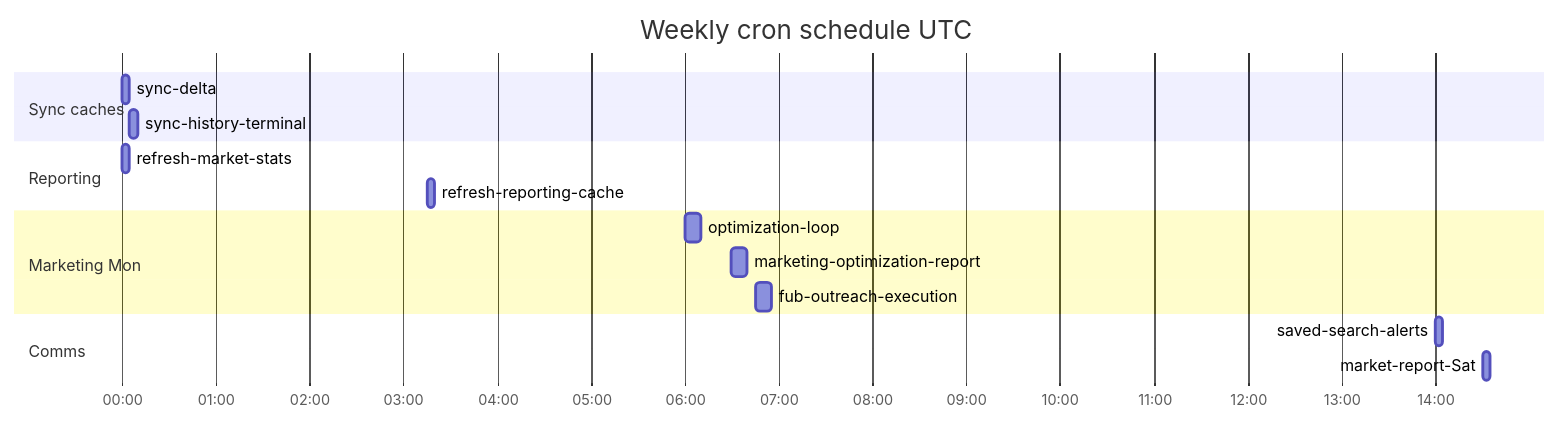
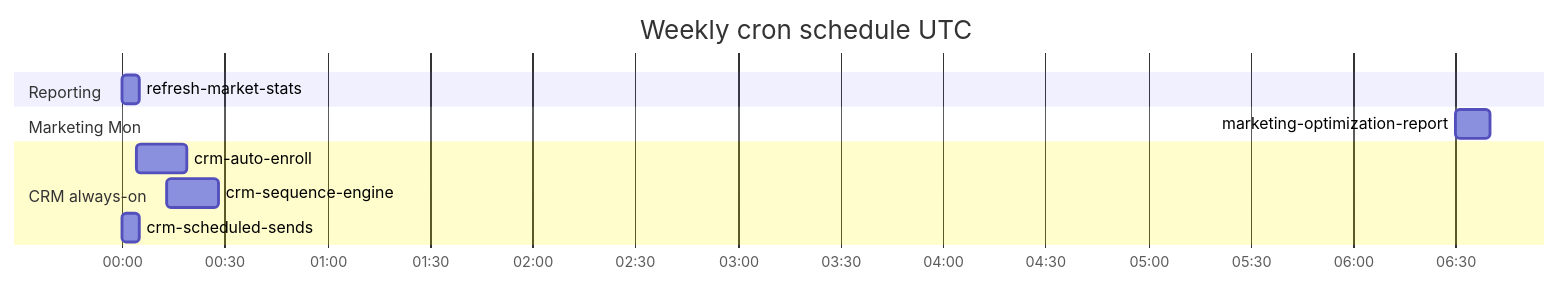
The eighth of 9 diagrams in docs/FACEBOOK_SELLER_GROWTH_PIPELINE.md (RyanRealty/RyanRealty), drawn with Mermaid before and after one commit. The commit also changed other lines of this file and 10 other files, not shown here.

````diff
--- a/docs/FACEBOOK_SELLER_GROWTH_PIPELINE.md
+++ b/docs/FACEBOOK_SELLER_GROWTH_PIPELINE.md
@@ -499,23 +439,17 @@
 ```mermaid
 gantt
     title Weekly cron schedule UTC
     dateFormat HH:mm
     axisFormat %H:%M
 
-    section Sync caches
-    sync-delta              :00:00, 5m
-    sync-history-terminal   :00:05, 5m
-
     section Reporting
     refresh-market-stats    :00:00, 5m
-    refresh-reporting-cache :03:15, 5m
 
     section Marketing Mon
-    optimization-loop                :06:00, 10m
     marketing-optimization-report    :06:30, 10m
-    fub-outreach-execution           :06:45, 10m
 
-    section Comms
-    saved-search-alerts     :14:00, 5m
-    market-report-Sat       :14:30, 5m
+    section CRM always-on
+    crm-auto-enroll         :00:04, 15m
+    crm-sequence-engine     :00:13, 15m
+    crm-scheduled-sends     :00:00, 5m
 ```
````
